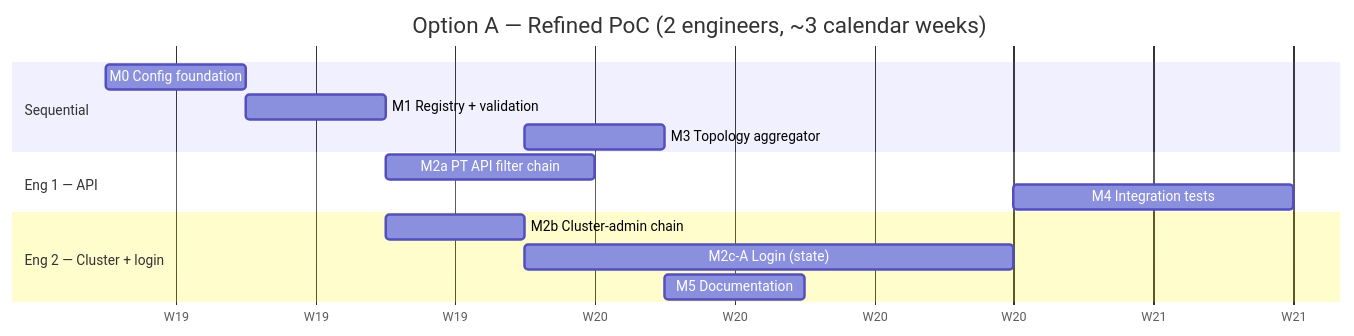
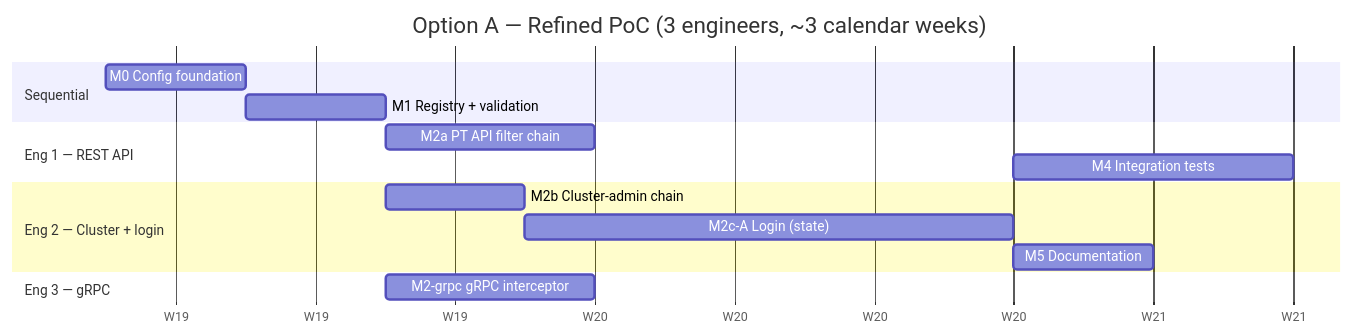
Before and after one commit to camunda/camunda: the seventh of 8 diagrams in docs/monorepo-docs/architecture/components/identity/physical-tenants-identity-plan.md, drawn with Mermaid. The commit also changed other lines of this file and 1 other file, not shown here.

````diff
--- a/docs/monorepo-docs/architecture/components/identity/physical-tenants-identity-plan.md
+++ b/docs/monorepo-docs/architecture/components/identity/physical-tenants-identity-plan.md
@@ -1362,17 +1339,18 @@
 ```mermaid
 gantt
-    title Option A — Refined PoC (2 engineers, ~3 calendar weeks)
+    title Option A — Refined PoC (3 engineers, ~3 calendar weeks)
     dateFormat  YYYY-MM-DD
     axisFormat  W%V
     section Sequential
     M0 Config foundation        :m0a, 2026-05-04, 2d
     M1 Registry + validation    :m1a, after m0a, 2d
-    M3 Topology aggregator      :m3a, after m2ba, 2d
-    section Eng 1 — API
+    section Eng 1 — REST API
     M2a PT API filter chain     :m2aa, after m1a, 3d
     M4 Integration tests        :m4a, after m2cA, 4d
     section Eng 2 — Cluster + login
     M2b Cluster-admin chain     :m2ba, after m1a, 2d
     M2c-A Login (state)         :m2cA, after m2ba, 7d
-    M5 Documentation            :m5a, after m3a, 2d
+    M5 Documentation            :m5a, after m2cA, 2d
+    section Eng 3 — gRPC
+    M2-grpc gRPC interceptor    :m2g_a, after m1a, 3d
 ```
````
